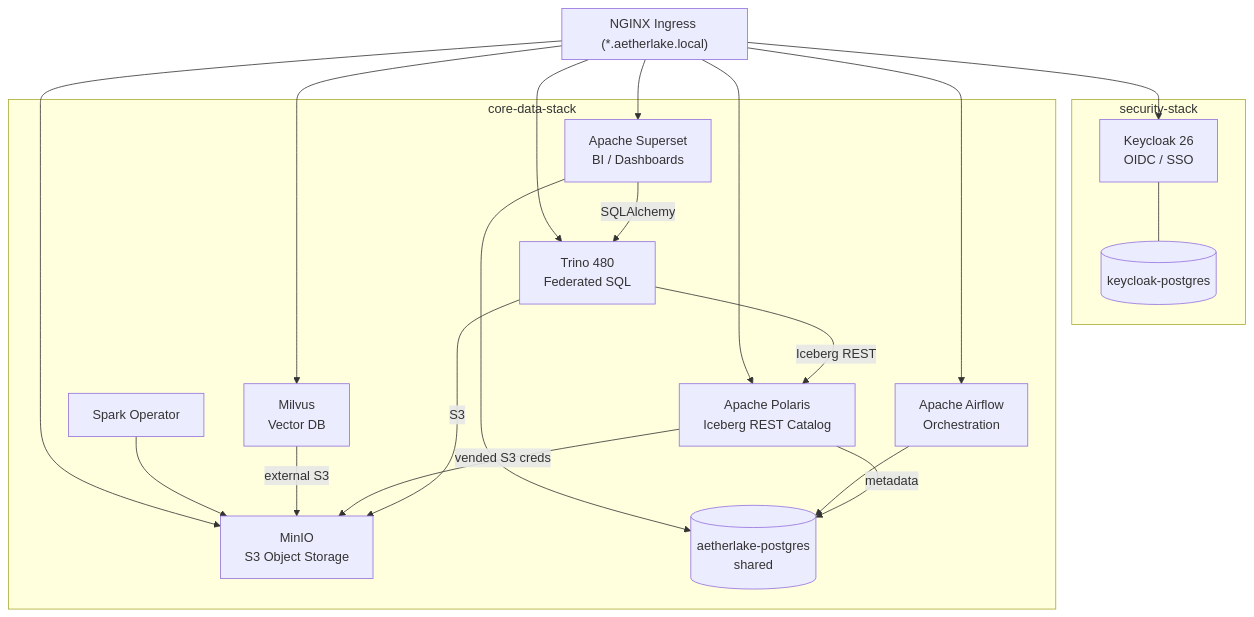
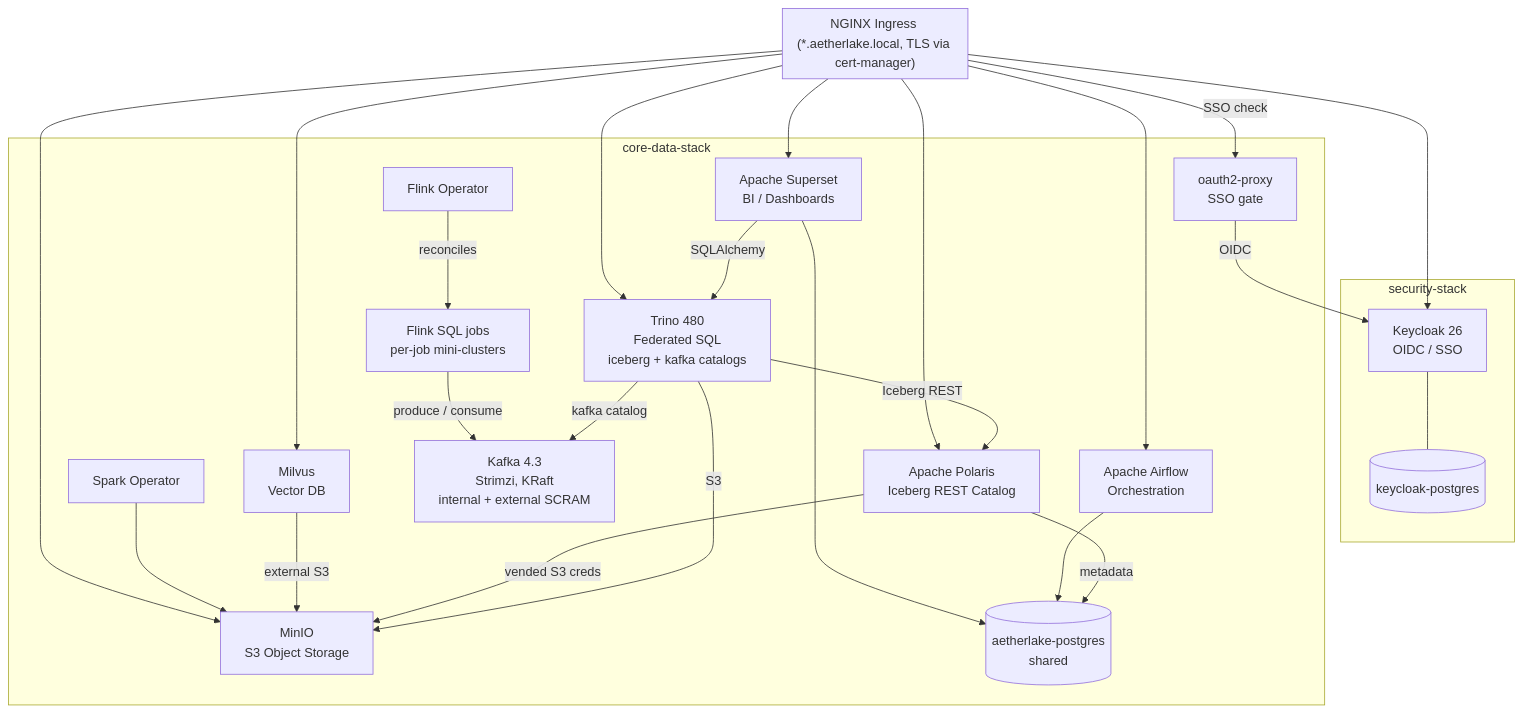
One commit to mrtozkl/AetherLake changed the first of 5 diagrams in docs/guide/architecture.md. Above: the diagram before and after it, drawn with Mermaid. The commit also changed other lines of this file and 14 other files, not shown here.

Commit message:
docs: refresh site for Kafka/Flink and SSO; drop basic-auth leftovers

````diff
--- a/docs/guide/architecture.md
+++ b/docs/guide/architecture.md
@@ -12,40 +13,49 @@
 ```mermaid
 graph TD
-    subgraph ingress["NGINX Ingress (*.aetherlake.local)"]
+    subgraph ingress["NGINX Ingress (*.aetherlake.local, TLS via cert-manager)"]
     end
 
     subgraph sec["security-stack"]
         KC[Keycloak 26<br/>OIDC / SSO]
         KCPG[(keycloak-postgres)]
         KC --- KCPG
     end
 
     subgraph core["core-data-stack"]
         MinIO[MinIO<br/>S3 Object Storage]
-        Trino[Trino 480<br/>Federated SQL]
+        Trino[Trino 480<br/>Federated SQL<br/>iceberg + kafka catalogs]
         Polaris[Apache Polaris<br/>Iceberg REST Catalog]
         Spark[Spark Operator]
         Airflow[Apache Airflow<br/>Orchestration]
         Superset[Apache Superset<br/>BI / Dashboards]
+        Kafka[Kafka 4.3<br/>Strimzi, KRaft<br/>internal + external SCRAM]
+        FlinkOp[Flink Operator]
+        FlinkJob[Flink SQL jobs<br/>per-job mini-clusters]
         Milvus[Milvus<br/>Vector DB]
+        OA[oauth2-proxy<br/>SSO gate]
         PG[(aetherlake-postgres<br/>shared)]
 
         Trino -->|Iceberg REST| Polaris
         Polaris -->|metadata| PG
         Trino -->|S3| MinIO
         Polaris -->|vended S3 creds| MinIO
         Milvus -->|external S3| MinIO
         Airflow --> PG
         Superset --> PG
         Superset -->|SQLAlchemy| Trino
         Spark --> MinIO
+        Trino -->|kafka catalog| Kafka
+        FlinkOp -->|reconciles| FlinkJob
+        FlinkJob -->|produce / consume| Kafka
     end
 
+    ingress -->|SSO check| OA
+    OA -->|OIDC| KC
     ingress --> KC
     ingress --> MinIO
     ingress --> Trino
     ingress --> Polaris
     ingress --> Airflow
     ingress --> Superset
     ingress --> Milvus
 ```
````
